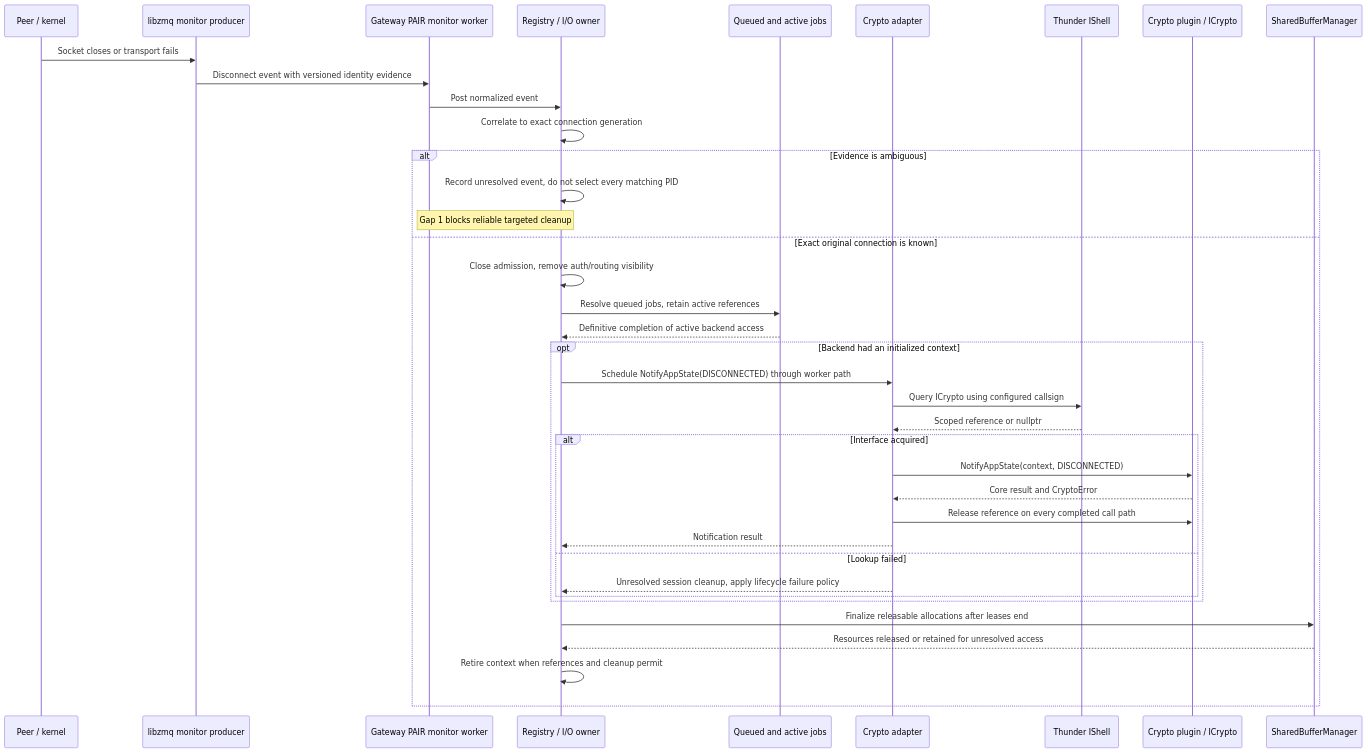
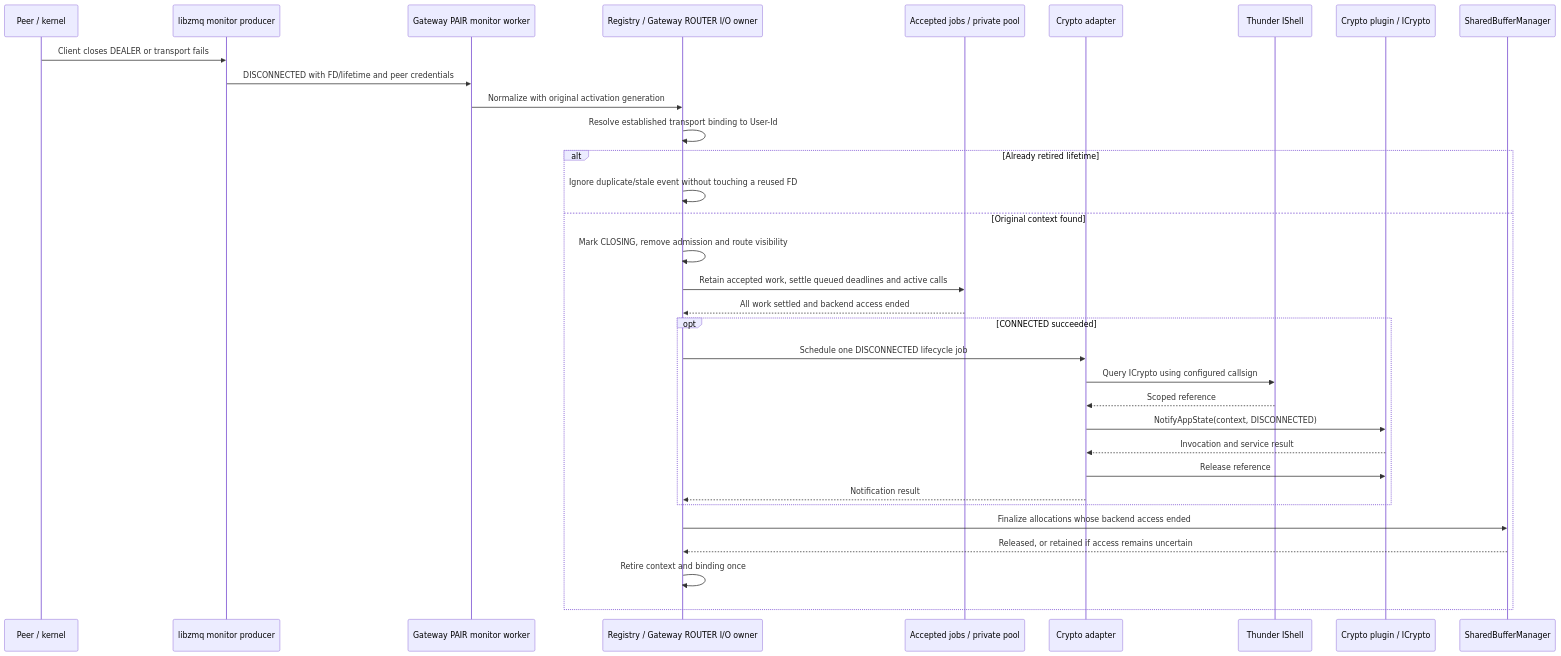
Diagram 27 of 32 in doc/EyilSecureGateway.md (rdkcentral/eyil-secure-gateway), drawn with Mermaid before and after one commit. The commit also changed other lines of this file, not shown here.

````diff
--- a/doc/EyilSecureGateway.md
+++ b/doc/EyilSecureGateway.md
@@ -3002,40 +3183,35 @@
 ```mermaid
 sequenceDiagram
     participant P as Peer / kernel
     participant Z as libzmq monitor producer
     participant M as Gateway PAIR monitor worker
-    participant REG as Registry / I/O owner
-    participant J as Queued and active jobs
+    participant REG as Registry / Gateway ROUTER I/O owner
+    participant J as Accepted jobs / private pool
     participant C as Crypto adapter
     participant T as Thunder IShell
     participant CP as Crypto plugin / ICrypto
     participant B as SharedBufferManager
-    P->>Z: Socket closes or transport fails
-    Z->>M: Disconnect event with versioned identity evidence
-    M->>REG: Post normalized event
-    REG->>REG: Correlate to exact connection generation
-    alt Evidence is ambiguous
-        REG->>REG: Record unresolved event, do not select every matching PID
-        Note over M,REG: Gap 1 blocks reliable targeted cleanup
-    else Exact original connection is known
-        REG->>REG: Close admission, remove auth/routing visibility
-        REG->>J: Resolve queued jobs, retain active references
-        J-->>REG: Definitive completion of active backend access
-        opt Backend had an initialized context
-            REG->>C: Schedule NotifyAppState(DISCONNECTED) through worker path
+    P->>Z: Client closes DEALER or transport fails
+    Z->>M: DISCONNECTED with FD/lifetime and peer credentials
+    M->>REG: Normalize with original activation generation
+    REG->>REG: Resolve established transport binding to User-Id
+    alt Already retired lifetime
+        REG->>REG: Ignore duplicate/stale event without touching a reused FD
+    else Original context found
+        REG->>REG: Mark CLOSING, remove admission and route visibility
+        REG->>J: Retain accepted work, settle queued deadlines and active calls
+        J-->>REG: All work settled and backend access ended
+        opt CONNECTED succeeded
+            REG->>C: Schedule one DISCONNECTED lifecycle job
             C->>T: Query ICrypto using configured callsign
-            T-->>C: Scoped reference or nullptr
-            alt Interface acquired
-                C->>CP: NotifyAppState(context, DISCONNECTED)
-                CP-->>C: Core result and CryptoError
-                C->>CP: Release reference on every completed call path
-                C-->>REG: Notification result
-            else Lookup failed
-                C-->>REG: Unresolved session cleanup, apply lifecycle failure policy
-            end
+            T-->>C: Scoped reference
+            C->>CP: NotifyAppState(context, DISCONNECTED)
+            CP-->>C: Invocation and service result
+            C->>CP: Release reference
+            C-->>REG: Notification result
         end
-        REG->>B: Finalize releasable allocations after leases end
-        B-->>REG: Resources released or retained for unresolved access
-        REG->>REG: Retire context when references and cleanup permit
+        REG->>B: Finalize allocations whose backend access ended
+        B-->>REG: Released, or retained if access remains uncertain
+        REG->>REG: Retire context and binding once
     end
 ```
````
